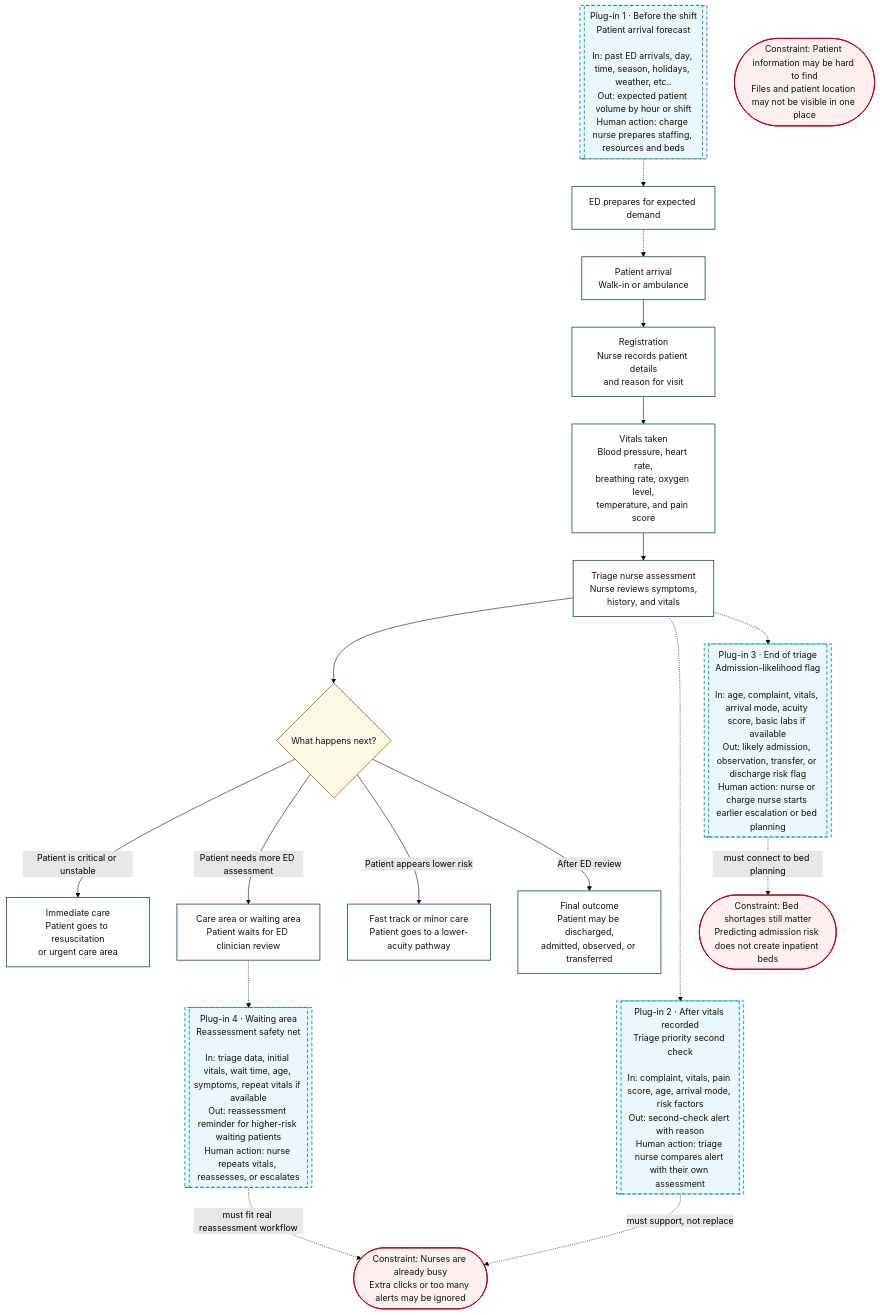
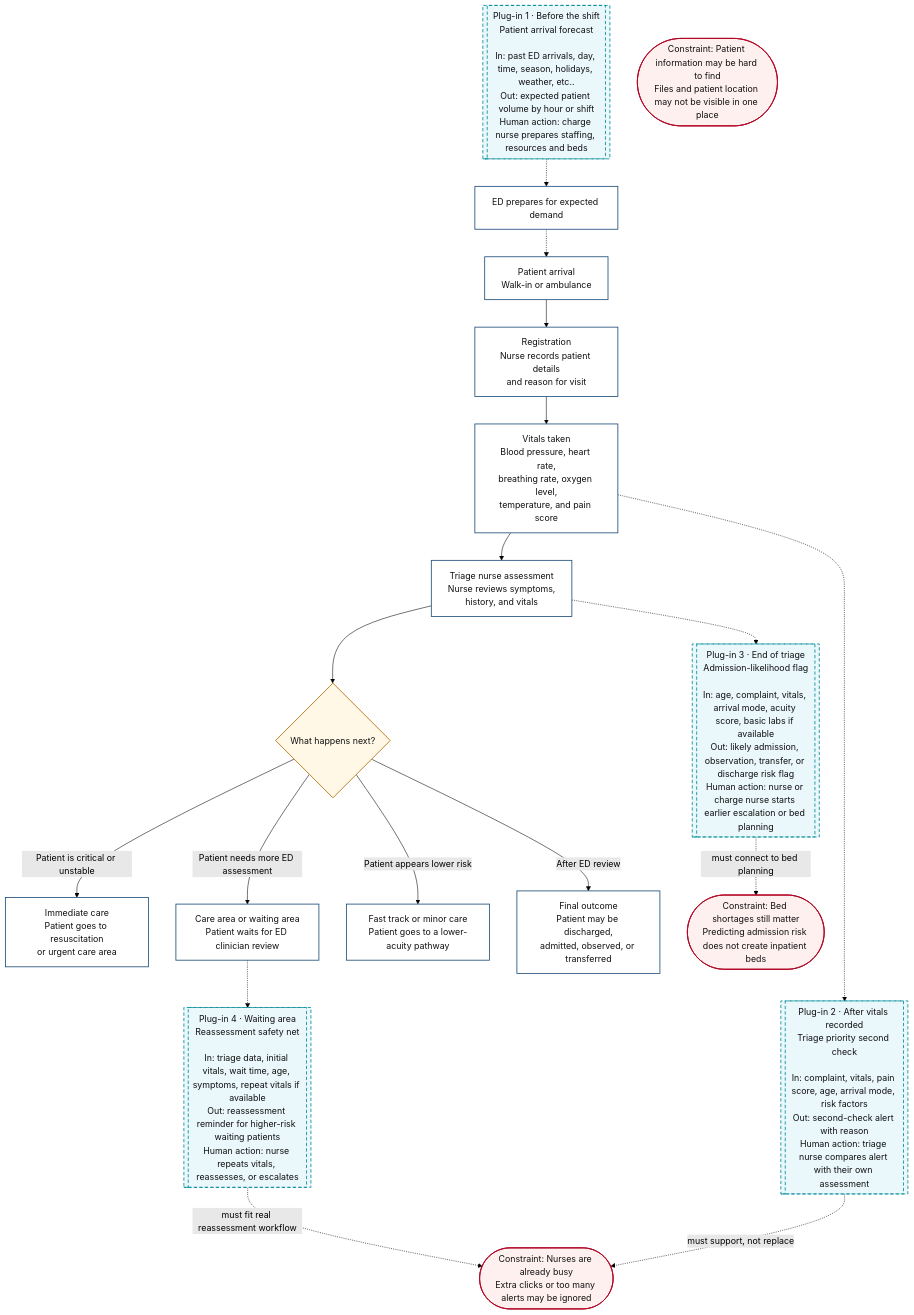
The diagram in docs/week_3_workflow.md (tinadams/carisurg-portfolio), drawn with Mermaid (forest theme) before and after one commit.

Commit message:
Replace 'D' with 'C' in workflow diagram

````diff
--- a/docs/week_3_workflow.md
+++ b/docs/week_3_workflow.md
@@ -1,55 +1,55 @@
 ```mermaid
 flowchart TD
 
 A[Patient arrival<br/>Walk-in or ambulance] --> B[Registration<br/>Nurse records patient details<br/>and reason for visit]
 
 B --> C[Vitals taken<br/>Blood pressure, heart rate,<br/>breathing rate, oxygen level,<br/>temperature, and pain score]
 
 C --> D[Triage nurse assessment<br/>Nurse reviews symptoms,<br/>history, and vitals]
 
 D --> E{What happens next?}
 
 E -->|Patient is critical or unstable| F[Immediate care<br/>Patient goes to resuscitation<br/>or urgent care area]
 
 E -->|Patient needs more ED assessment| G[Care area or waiting area<br/>Patient waits for ED clinician review]
 
 E -->|Patient appears lower risk| H[Fast track or minor care<br/>Patient goes to a lower-acuity pathway]
 
 E -->|After ED review| I[Final outcome<br/>Patient may be discharged,<br/>admitted, observed, or transferred]
 
 AI1[[Plug-in 1 · Before the shift<br/>Patient arrival forecast<br/><br/>In: past ED arrivals, day, time, season, holidays, weather, etc..<br/>Out: expected patient volume by hour or shift<br/>Human action: charge nurse prepares staffing, resources and beds]]
 
 AI2[[Plug-in 2 · After vitals recorded<br/>Triage priority second check<br/><br/>In: complaint, vitals, pain score, age, arrival mode, risk factors<br/>Out: second-check alert with reason<br/>Human action: triage nurse compares alert with their own assessment]]
 
 AI3[[Plug-in 3 · End of triage<br/>Admission-likelihood flag<br/><br/>In: age, complaint, vitals, arrival mode, acuity score, basic labs if available<br/>Out: likely admission, observation, transfer, or discharge risk flag<br/>Human action: nurse or charge nurse starts earlier escalation or bed planning]]
 
 AI4[[Plug-in 4 · Waiting area<br/>Reassessment safety net<br/><br/>In: triage data, initial vitals, wait time, age, symptoms, repeat vitals if available<br/>Out: reassessment reminder for higher-risk waiting patients<br/>Human action: nurse repeats vitals, reassesses, or escalates]]
 
 PRE[ED prepares for expected demand]
 
 AI1 -.-> PRE
 PRE -.-> A
-D -.-> AI2
+C -.-> AI2
 D -.-> AI3
 G -.-> AI4
 
 C1([Constraint: Patient information may be hard to find<br/>Files and patient location may not be visible in one place])
 
 C2([Constraint: Nurses are already busy<br/>Extra clicks or too many alerts may be ignored])
 
 C3([Constraint: Bed shortages still matter<br/>Predicting admission risk does not create inpatient beds])
 
 AI2 -. must support, not replace .-> C2
 AI3 -. must connect to bed planning .-> C3
 AI4 -. must fit real reassessment workflow .-> C2
 
 classDef process fill:#ffffff,stroke:#1f4e79,stroke-width:1.5px,color:#111;
 classDef decision fill:#fff8e6,stroke:#b36b00,stroke-width:1.5px,color:#111;
 classDef ai fill:#eaf7fb,stroke:#008c99,stroke-width:1.5px,stroke-dasharray: 6 4,color:#111;
 classDef constraint fill:#fff0f0,stroke:#b00020,stroke-width:1.5px,color:#111;
 
 class A,B,C,D,F,G,H,I,PRE process;
 class E decision;
 class AI1,AI2,AI3,AI4 ai;
 class C1,C2,C3 constraint;
 ```
````
